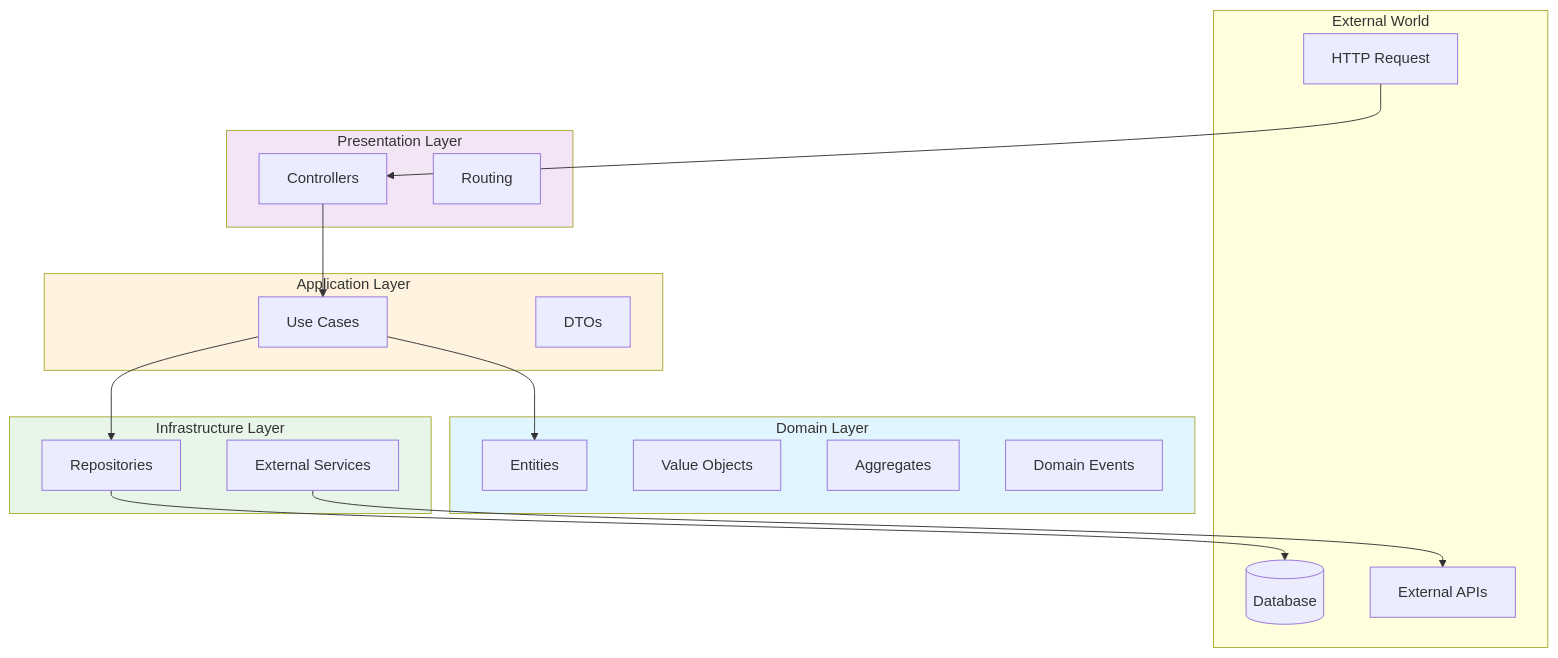
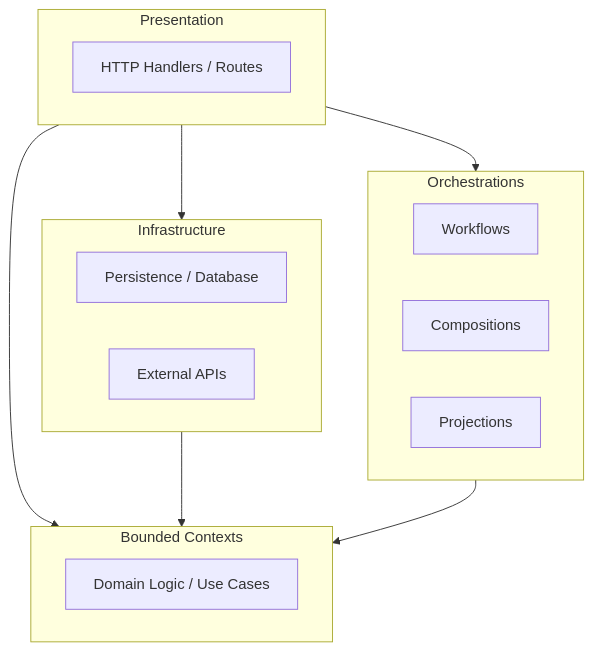
Before and after one commit to Cosmneo/onion-lasagna: the first of 3 diagrams in readme.md, drawn with Mermaid. The commit also changed other lines of this file, not shown here.

````diff
--- a/readme.md
+++ b/readme.md
@@ -23,42 +24,27 @@
 ```mermaid
-graph TB
-    subgraph External["External World"]
-        HTTP[HTTP Request]
-        DB[(Database)]
-        EXT[External APIs]
+graph TD
+    subgraph Presentation
+        HTTP[HTTP Handlers / Routes]
     end
 
-    subgraph Presentation["Presentation Layer"]
-        CTRL[Controllers]
-        ROUTE[Routing]
+    subgraph Infrastructure
+        DB[Persistence / Database]
+        External[External APIs]
     end
 
-    subgraph Application["Application Layer"]
-        UC[Use Cases]
-        DTO[DTOs]
+    subgraph Orchestrations
+        Workflow[Workflows]
+        Composition[Compositions]
+        Projection[Projections]
     end
 
-    subgraph Domain["Domain Layer"]
-        ENT[Entities]
-        VO[Value Objects]
-        AGG[Aggregates]
-        EVT[Domain Events]
+    subgraph BC[Bounded Contexts]
+        Domain[Domain Logic / Use Cases]
     end
 
-    subgraph Infrastructure["Infrastructure Layer"]
-        REPO[Repositories]
-        SVC[External Services]
-    end
-
-    HTTP --> CTRL
-    CTRL --> UC
-    UC --> ENT
-    UC --> REPO
-    REPO --> DB
-    SVC --> EXT
-
-    style Domain fill:#e1f5fe
-    style Application fill:#fff3e0
-    style Presentation fill:#f3e5f5
-    style Infrastructure fill:#e8f5e9
+    Presentation --> Infrastructure
+    Presentation --> Orchestrations
+    Presentation --> BC
+    Infrastructure --> BC
+    Orchestrations --> BC
 ```
````
